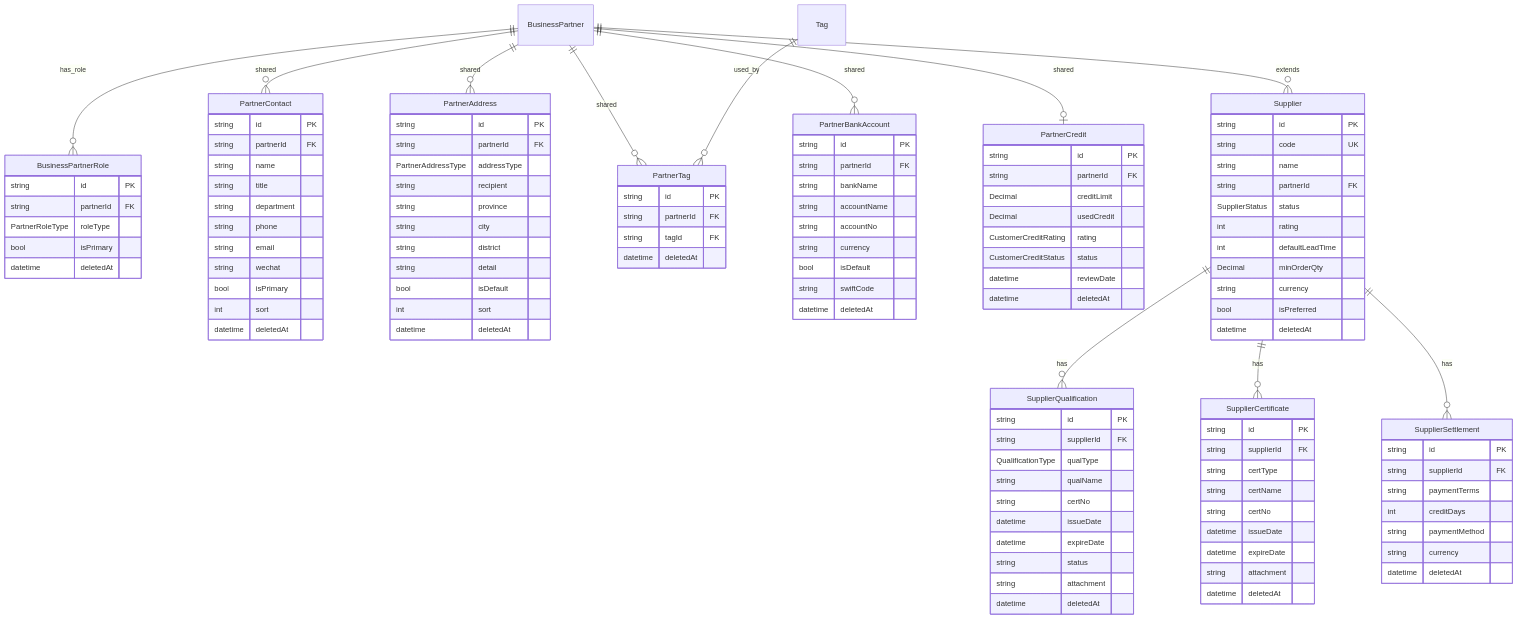
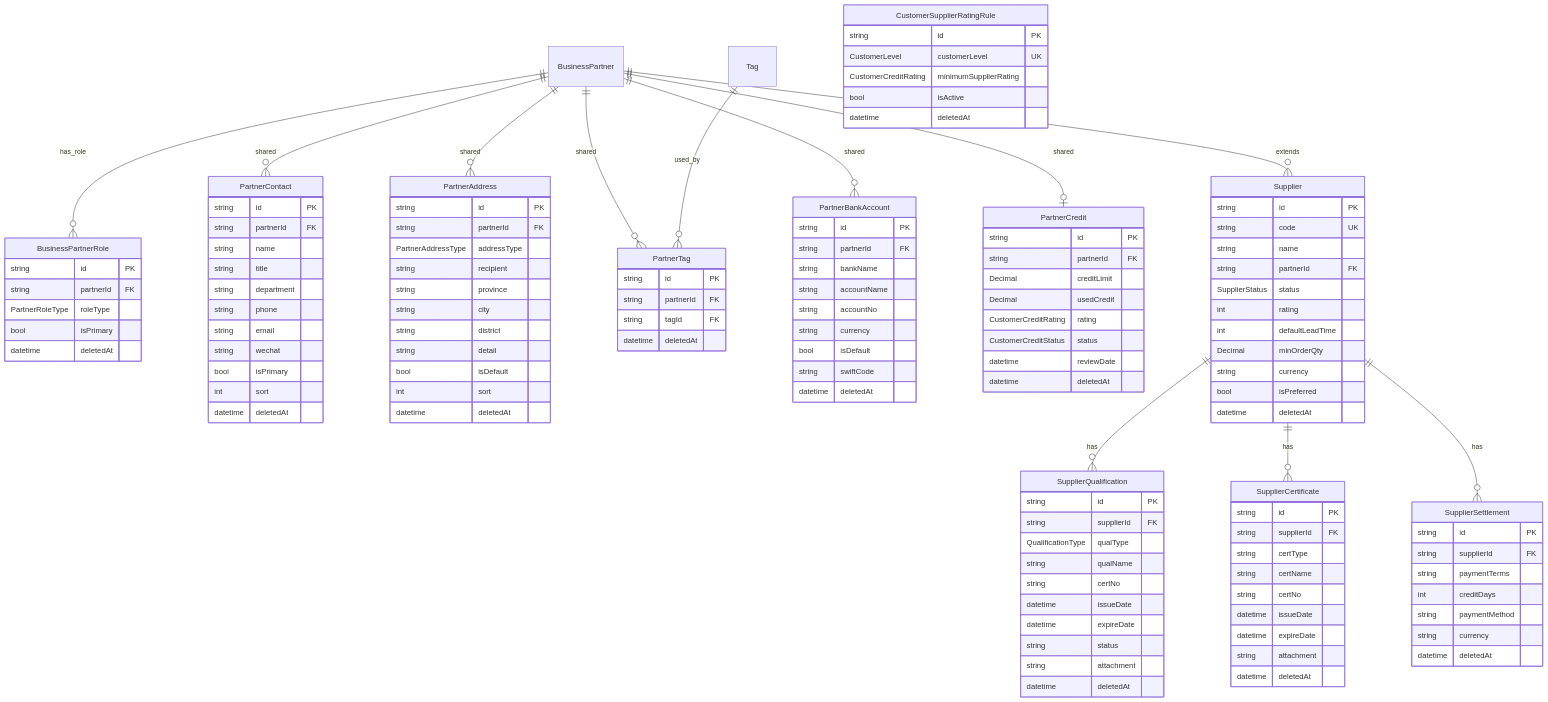
Diagram 12 of 20 in docs/DOMAIN_MODEL.md (dlei83590-cyber/Linier-crm), drawn with Mermaid before and after one commit. The commit also changed other lines of this file and 24 other files, not shown here.

First line of the commit message:
feat(crm): 客户等级→供应商评级匹配 — BusinessPartner.customerLevel + CustomerSupplierRatingRule + 订单推荐门槛过滤（cc-06，Migration 0055） (#271)

```diff
--- a/docs/DOMAIN_MODEL.md
+++ b/docs/DOMAIN_MODEL.md
@@ -864,6 +864,14 @@
         datetime deletedAt
     }
 
+    CustomerSupplierRatingRule {
+        string id PK
+        CustomerLevel customerLevel UK
+        CustomerCreditRating minimumSupplierRating
+        bool isActive
+        datetime deletedAt
+    }
+
     Supplier {
         string id PK
         string code UK
```
